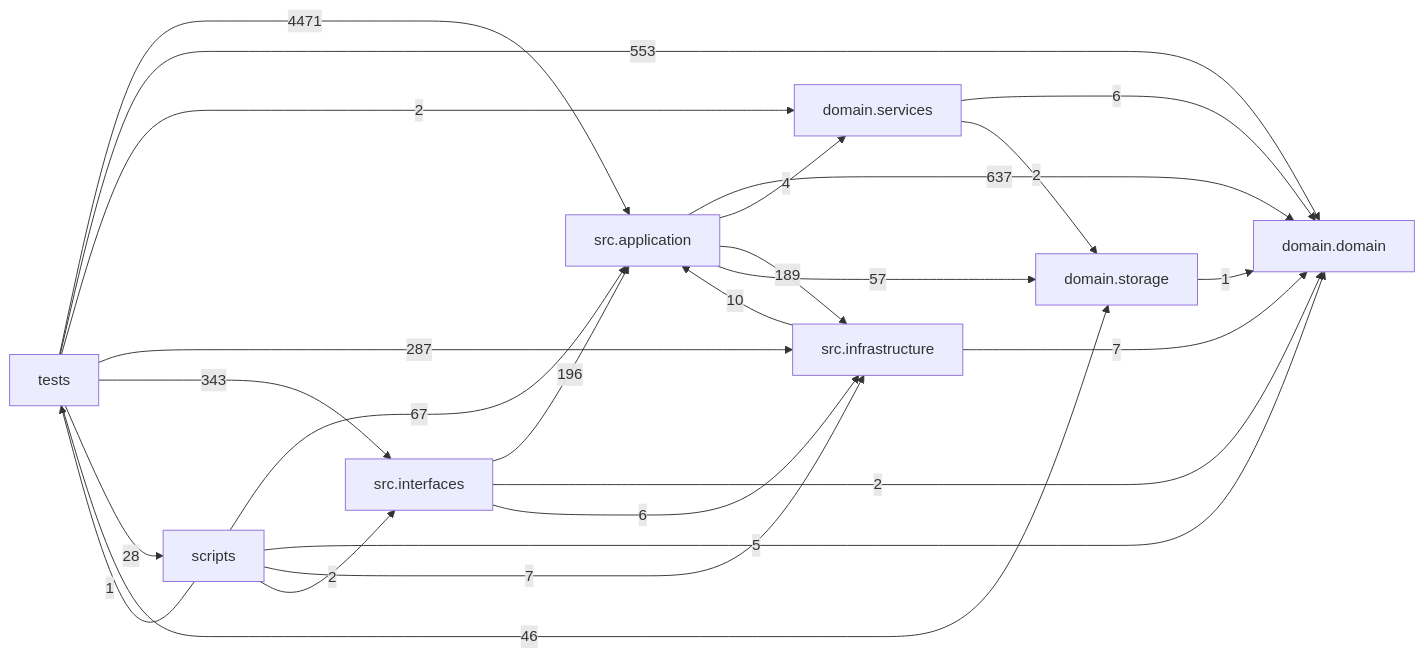
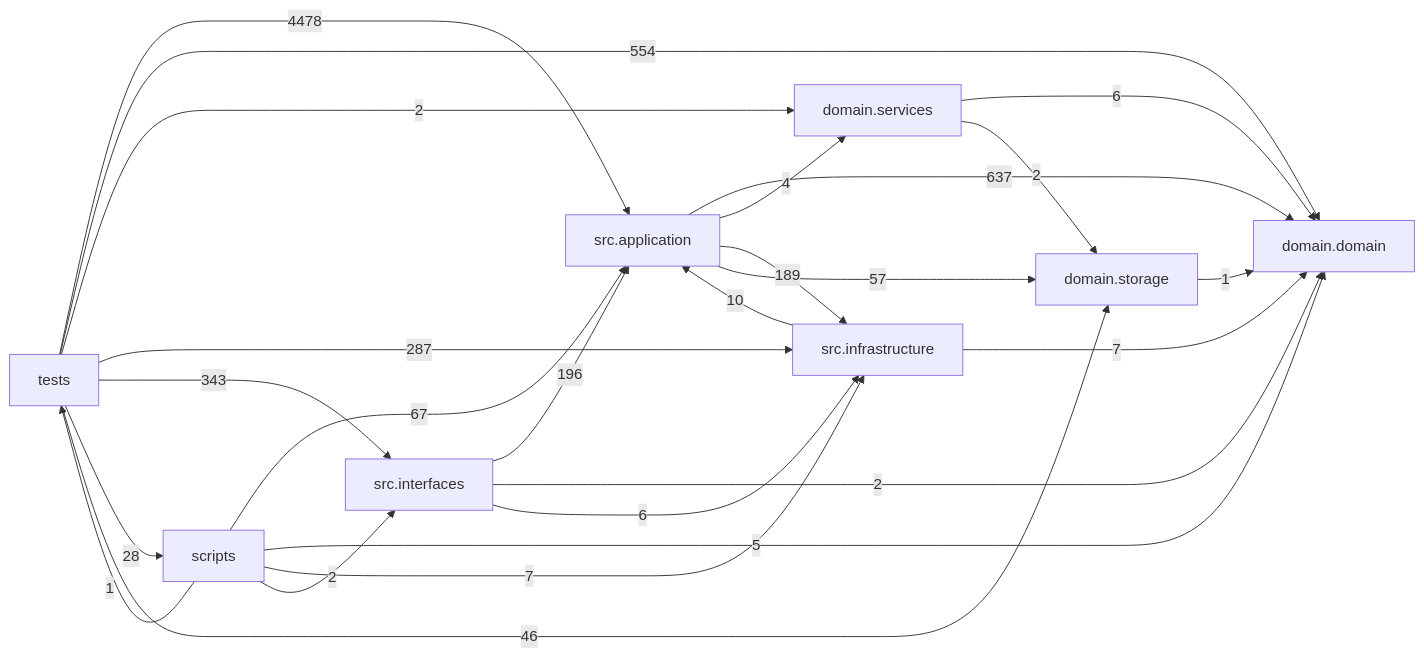
Before and after one commit to liuxie066/options-monitor: the diagram in docs/DEPENDENCY_GRAPH.md, drawn with Mermaid. The commit also changed other lines of this file and 2 other files, not shown here.

````diff
--- a/docs/DEPENDENCY_GRAPH.md
+++ b/docs/DEPENDENCY_GRAPH.md
@@ -24,35 +24,35 @@
 ```mermaid
 flowchart LR
   tests["tests"]
   scripts["scripts"]
   interfaces["src.interfaces"]
   application["src.application"]
   infrastructure["src.infrastructure"]
   domain_services["domain.services"]
   domain["domain.domain"]
   storage["domain.storage"]
   application -->|637| domain
   application -->|4| domain_services
   application -->|189| infrastructure
   application -->|57| storage
   domain_services -->|6| domain
   domain_services -->|2| storage
   infrastructure -->|10| application
   infrastructure -->|7| domain
   interfaces -->|196| application
   interfaces -->|2| domain
   interfaces -->|6| infrastructure
   scripts -->|67| application
   scripts -->|5| domain
   scripts -->|7| infrastructure
   scripts -->|2| interfaces
   scripts -->|1| tests
   storage -->|1| domain
-  tests -->|4471| application
-  tests -->|553| domain
+  tests -->|4478| application
+  tests -->|554| domain
   tests -->|2| domain_services
   tests -->|287| infrastructure
   tests -->|343| interfaces
   tests -->|28| scripts
   tests -->|46| storage
 ```
````
